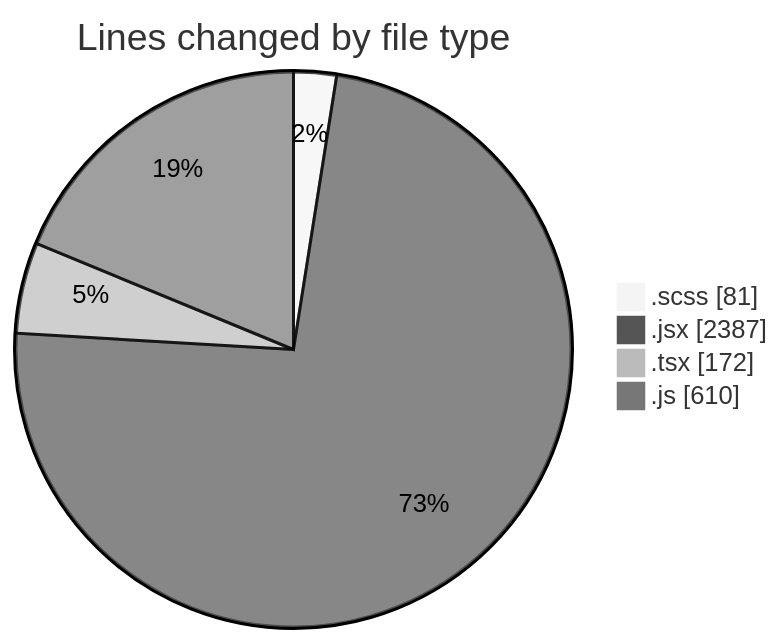
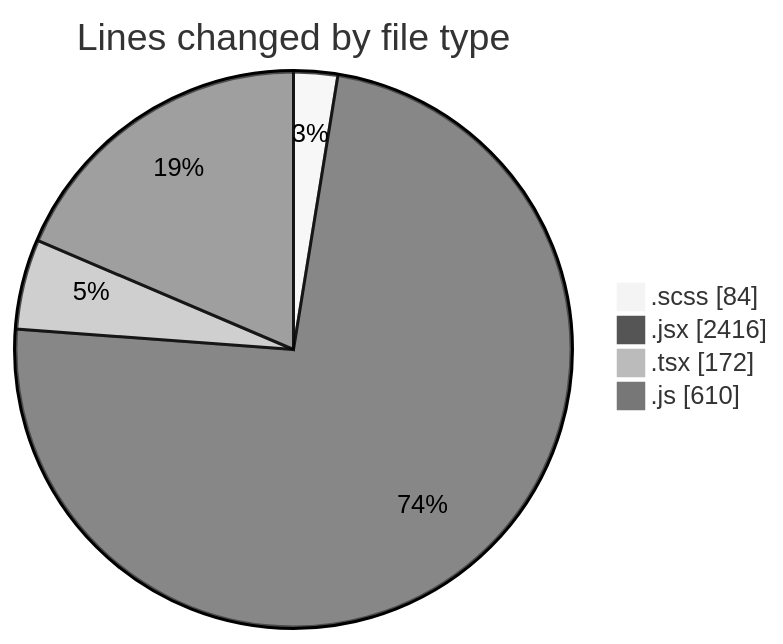
The first of 2 diagrams in 2025-06-03/cda/README.md (momahboobian/code-tracking), drawn with Mermaid (neutral theme) before and after one commit. The commit also changed other lines of this file and 1 other file, not shown here.

````diff
--- a/2025-06-03/cda/README.md
+++ b/2025-06-03/cda/README.md
@@ -27,8 +27,8 @@
 ```mermaid
 pie showData
 title Lines changed by file type
-".scss" : 81
-".jsx" : 2387
+".scss" : 84
+".jsx" : 2416
 ".tsx" : 172
 ".js" : 610
 ```
````
